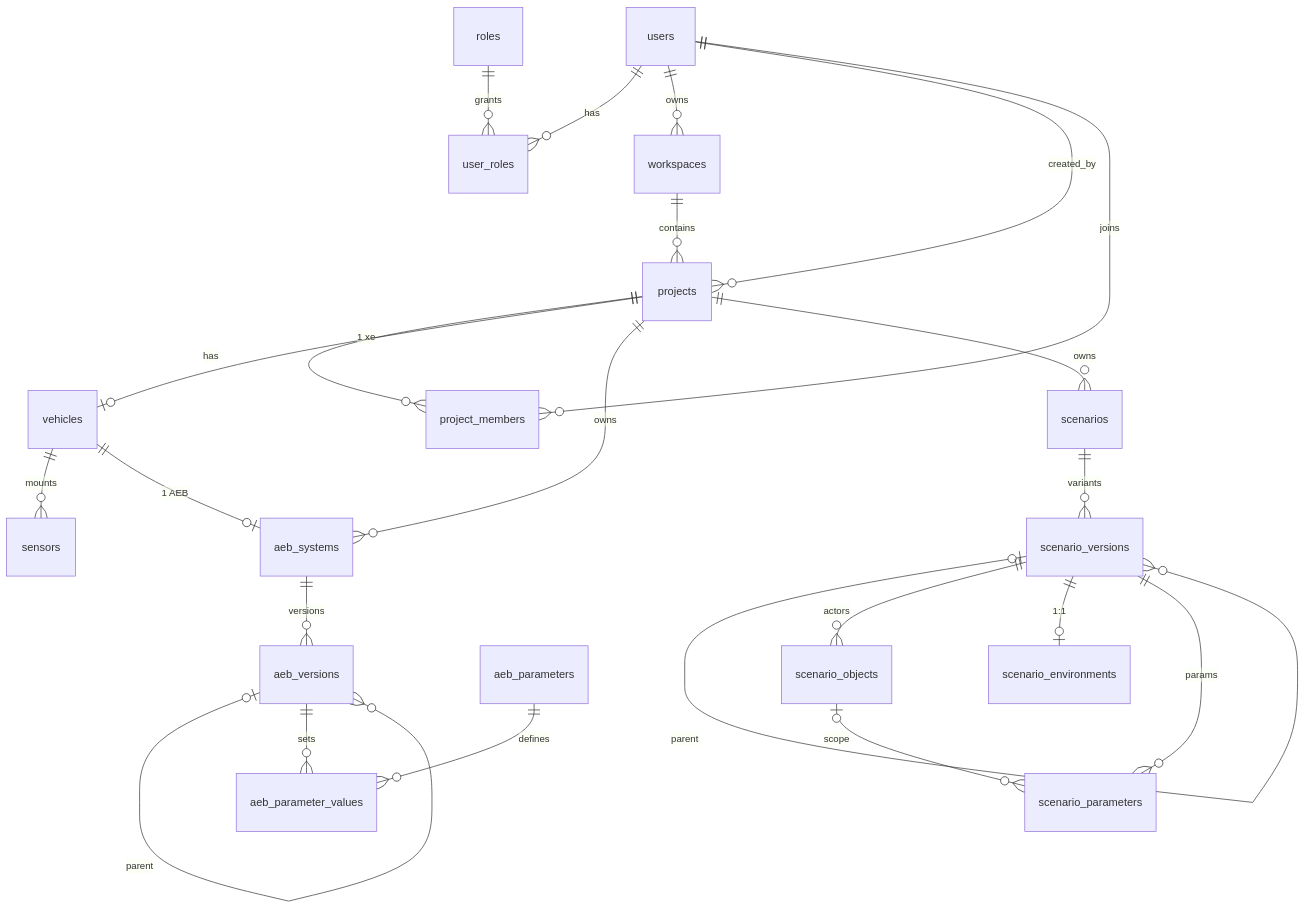
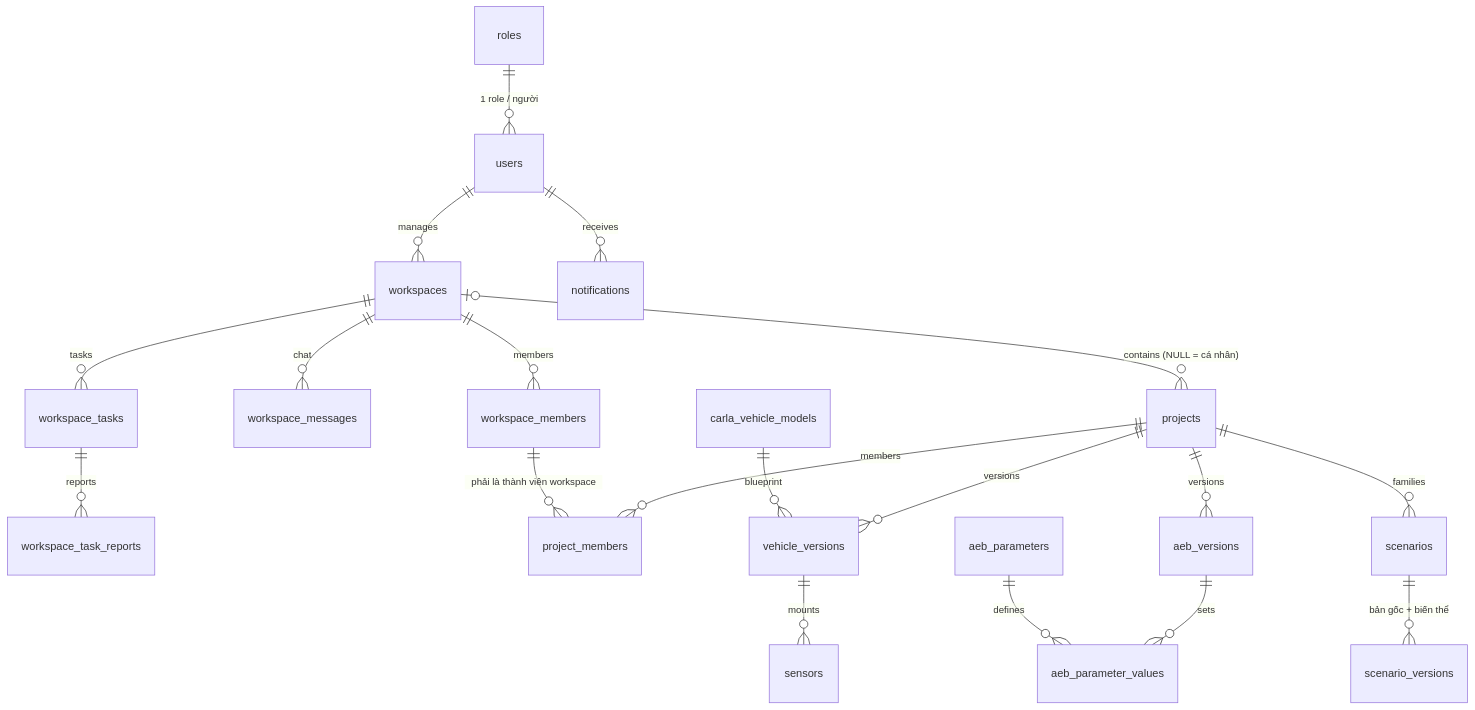
The first of 2 diagrams in docs/vehicsim/database-schema.md (Menakanchi/SEP490-FA26-G15), drawn with Mermaid before and after one commit. The commit also changed other lines of this file and 75 other files, not shown here.

First line of the commit message:
feat(db): 30-table schema, 5 system roles, drop vehicle configs and Meomeo

````diff
--- a/docs/vehicsim/database-schema.md
+++ b/docs/vehicsim/database-schema.md
@@ -180,25 +172,21 @@
 ```mermaid
 erDiagram
-    users ||--o{ user_roles : has
-    roles ||--o{ user_roles : grants
-    users ||--o{ workspaces : owns
-    workspaces ||--o{ projects : contains
-    users ||--o{ projects : created_by
-    projects ||--o{ project_members : has
-    users ||--o{ project_members : joins
-    projects ||--o| vehicles : "1 xe"
-    vehicles ||--o{ sensors : mounts
-    vehicles ||--o| aeb_systems : "1 AEB"
-    projects ||--o{ aeb_systems : owns
-    aeb_systems ||--o{ aeb_versions : versions
-    aeb_versions |o--o{ aeb_versions : parent
+    roles ||--o{ users : "1 role / người"
+    users ||--o{ workspaces : manages
+    workspaces ||--o{ workspace_members : members
+    workspaces ||--o{ workspace_messages : chat
+    workspaces ||--o{ workspace_tasks : tasks
+    workspace_tasks ||--o{ workspace_task_reports : reports
+    users ||--o{ notifications : receives
+    workspaces |o--o{ projects : "contains (NULL = cá nhân)"
+    projects ||--o{ project_members : members
+    workspace_members ||--o{ project_members : "phải là thành viên workspace"
+    projects ||--o{ vehicle_versions : versions
+    carla_vehicle_models ||--o{ vehicle_versions : blueprint
+    vehicle_versions ||--o{ sensors : mounts
+    projects ||--o{ aeb_versions : versions
     aeb_versions ||--o{ aeb_parameter_values : sets
     aeb_parameters ||--o{ aeb_parameter_values : defines
-    projects ||--o{ scenarios : owns
-    scenarios ||--o{ scenario_versions : variants
-    scenario_versions |o--o{ scenario_versions : parent
-    scenario_versions ||--o{ scenario_objects : actors
-    scenario_versions ||--o| scenario_environments : "1:1"
-    scenario_versions ||--o{ scenario_parameters : params
-    scenario_objects |o--o{ scenario_parameters : scope
+    projects ||--o{ scenarios : families
+    scenarios ||--o{ scenario_versions : "bản gốc + biến thể"
 ```
````
